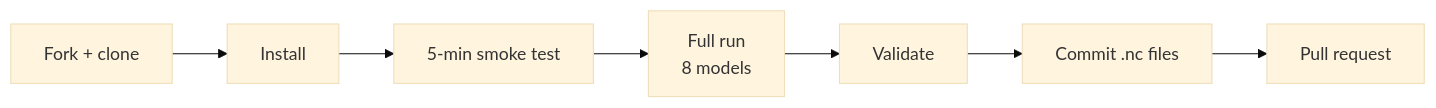
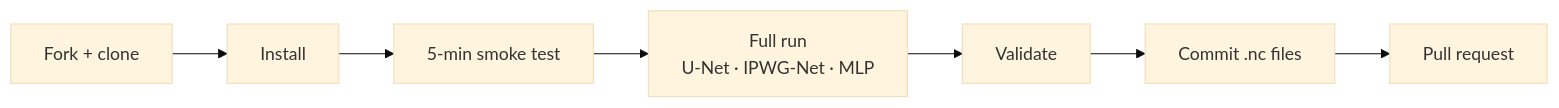
The diagram in loss_study/WALKTHROUGH.md (yash-upase/satrain_loss), drawn with Mermaid (base theme) before and after one commit. The commit also changed other lines of this file and 13 other files, not shown here.

Commit message:
Study protocol: 100 epochs, current model focus, figure script

````diff
--- a/loss_study/WALKTHROUGH.md
+++ b/loss_study/WALKTHROUGH.md
@@ -6,4 +8,4 @@
 ```mermaid
 flowchart LR
-    A[Fork + clone] --> B[Install] --> C[5-min smoke test] --> D[Full run<br/>8 models] --> E[Validate] --> F[Commit .nc files] --> G[Pull request]
+    A[Fork + clone] --> B[Install] --> C[5-min smoke test] --> D[Full run<br/>U-Net · IPWG-Net · MLP] --> E[Validate] --> F[Commit .nc files] --> G[Pull request]
 ```
````
